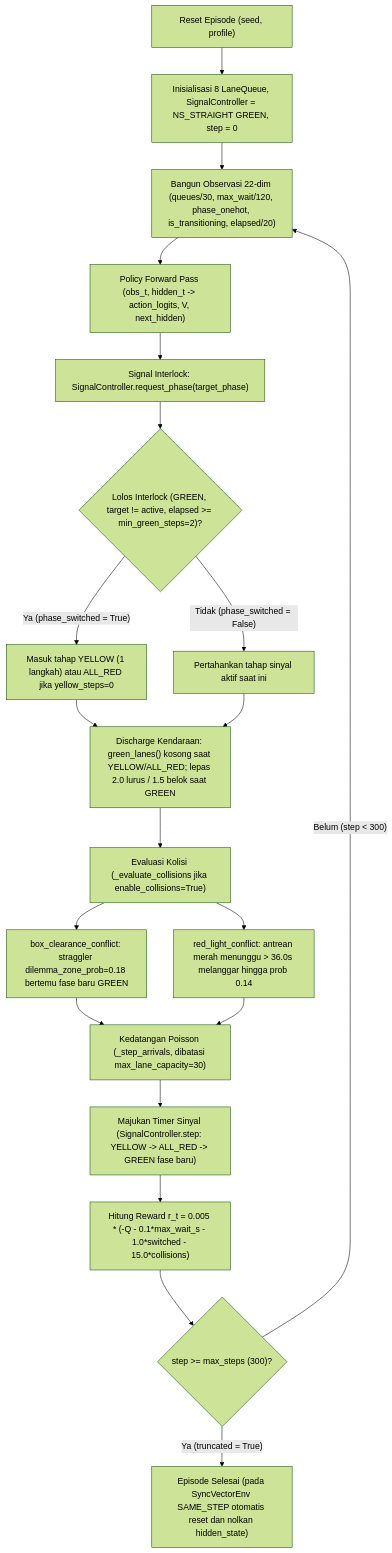
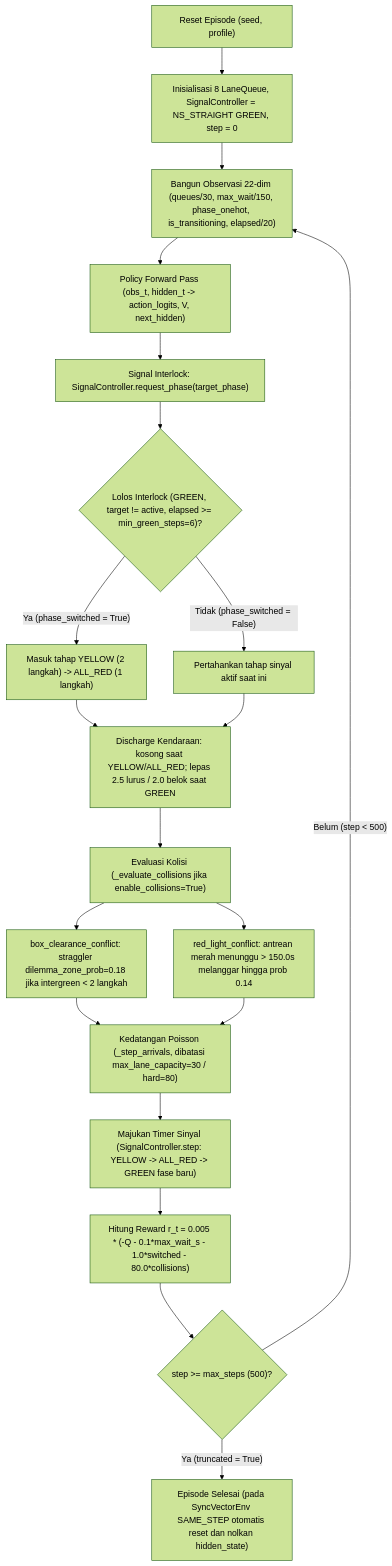
One commit to Fahmialfayadh/fly-connectome-traffic-rl changed the first of 3 diagrams in docs/TRAINING_AND_EPISODE_GUIDE.md. Above: the diagram before and after it, drawn with Mermaid (forest theme). The commit also changed other lines of this file and 58 other files, not shown here.

````diff
--- a/docs/TRAINING_AND_EPISODE_GUIDE.md
+++ b/docs/TRAINING_AND_EPISODE_GUIDE.md
@@ -42,22 +44,22 @@
 ```mermaid
 flowchart TD
     A["Reset Episode (seed, profile)"] --> B["Inisialisasi 8 LaneQueue, SignalController = NS_STRAIGHT GREEN, step = 0"]
-    B --> C["Bangun Observasi 22-dim (queues/30, max_wait/120, phase_onehot, is_transitioning, elapsed/20)"]
+    B --> C["Bangun Observasi 22-dim (queues/30, max_wait/150, phase_onehot, is_transitioning, elapsed/20)"]
     C --> D["Policy Forward Pass (obs_t, hidden_t -> action_logits, V, next_hidden)"]
     D --> E["Signal Interlock: SignalController.request_phase(target_phase)"]
-    E --> F{"Lolos Interlock (GREEN, target != active, elapsed >= min_green_steps=2)?"}
-    F -- "Ya (phase_switched = True)" --> G["Masuk tahap YELLOW (1 langkah) atau ALL_RED jika yellow_steps=0"]
+    E --> F{"Lolos Interlock (GREEN, target != active, elapsed >= min_green_steps=6)?"}
+    F -- "Ya (phase_switched = True)" --> G["Masuk tahap YELLOW (2 langkah) -> ALL_RED (1 langkah)"]
     F -- "Tidak (phase_switched = False)" --> H["Pertahankan tahap sinyal aktif saat ini"]
-    G --> I["Discharge Kendaraan: green_lanes() kosong saat YELLOW/ALL_RED; lepas 2.0 lurus / 1.5 belok saat GREEN"]
+    G --> I["Discharge Kendaraan: kosong saat YELLOW/ALL_RED; lepas 2.5 lurus / 2.0 belok saat GREEN"]
     H --> I
     I --> J["Evaluasi Kolisi (_evaluate_collisions jika enable_collisions=True)"]
-    J --> J1["box_clearance_conflict: straggler dilemma_zone_prob=0.18 bertemu fase baru GREEN"]
-    J --> J2["red_light_conflict: antrean merah menunggu > 36.0s melanggar hingga prob 0.14"]
-    J1 --> K["Kedatangan Poisson (_step_arrivals, dibatasi max_lane_capacity=30)"]
+    J --> J1["box_clearance_conflict: straggler dilemma_zone_prob=0.18 jika intergreen < 2 langkah"]
+    J --> J2["red_light_conflict: antrean merah menunggu > 150.0s melanggar hingga prob 0.14"]
+    J1 --> K["Kedatangan Poisson (_step_arrivals, dibatasi max_lane_capacity=30 / hard=80)"]
     J2 --> K
     K --> L["Majukan Timer Sinyal (SignalController.step: YELLOW -> ALL_RED -> GREEN fase baru)"]
-    L --> M["Hitung Reward r_t = 0.005 * (-Q - 0.1*max_wait_s - 1.0*switched - 15.0*collisions)"]
-    M --> N{"step >= max_steps (300)?"}
-    N -- "Belum (step < 300)" --> C
+    L --> M["Hitung Reward r_t = 0.005 * (-Q - 0.1*max_wait_s - 1.0*switched - 80.0*collisions)"]
+    M --> N{"step >= max_steps (500)?"}
+    N -- "Belum (step < 500)" --> C
     N -- "Ya (truncated = True)" --> O["Episode Selesai (pada SyncVectorEnv SAME_STEP otomatis reset dan nolkan hidden_state)"]
 ```
````
